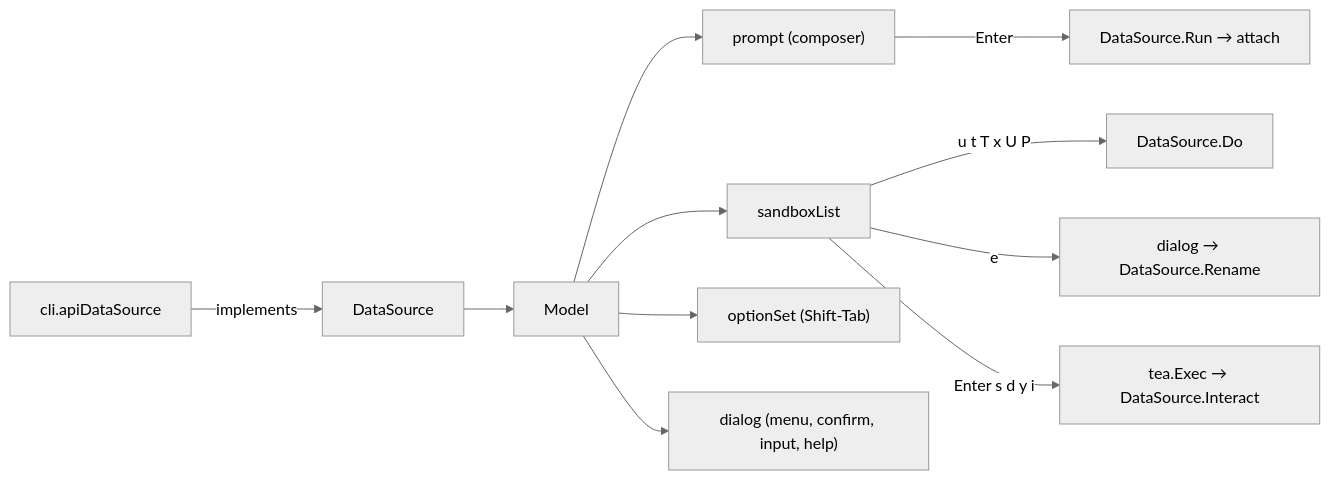
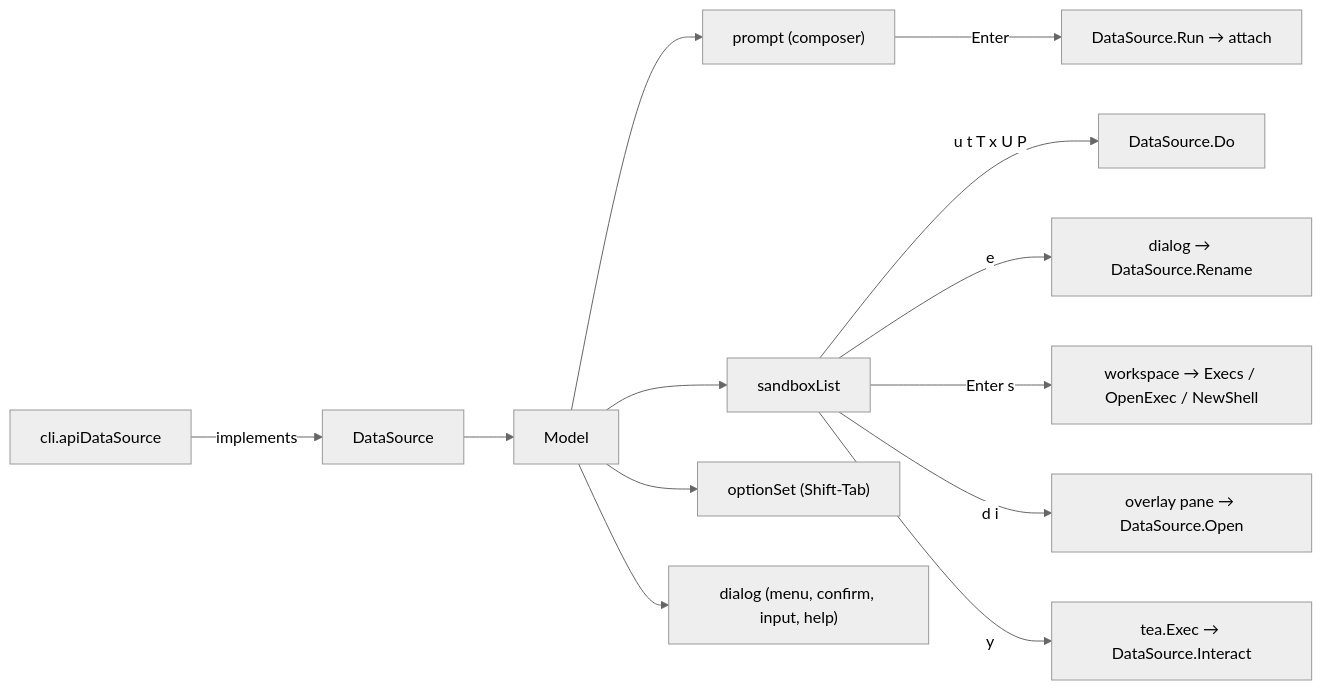
Before and after one commit to discobox-ai/discobox: the diagram in cli/internal/tui/DESIGN.md, drawn with Mermaid (neutral theme). The commit also changed other lines of this file and 30 other files, not shown here.

````diff
--- a/cli/internal/tui/DESIGN.md
+++ b/cli/internal/tui/DESIGN.md
@@ -12,13 +12,15 @@
 ```mermaid
 flowchart LR
     CLI["cli.apiDataSource"] -->|implements| DS["DataSource"]
     DS --> M["Model"]
     M --> P["prompt (composer)"]
     M --> L["sandboxList"]
     M --> O["optionSet (Shift-Tab)"]
     M --> D["dialog (menu, confirm, input, help)"]
     P -->|Enter| Run["DataSource.Run → attach"]
     L -->|u t T x U P| Verb["DataSource.Do"]
     L -->|e| Rename["dialog → DataSource.Rename"]
-    L -->|Enter s d y i| Exec["tea.Exec → DataSource.Interact"]
+    L -->|Enter s| WS["workspace → Execs / OpenExec / NewShell"]
+    L -->|d i| Overlay["overlay pane → DataSource.Open"]
+    L -->|y| Exec["tea.Exec → DataSource.Interact"]
 ```
````
